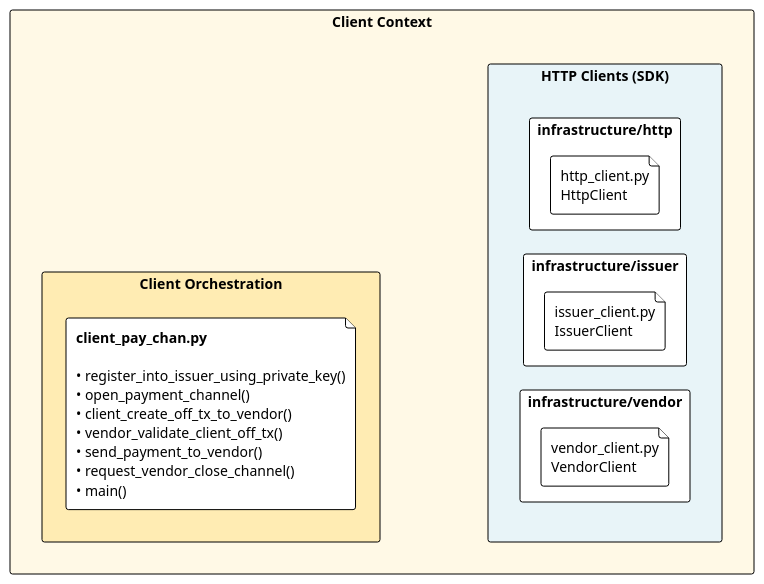
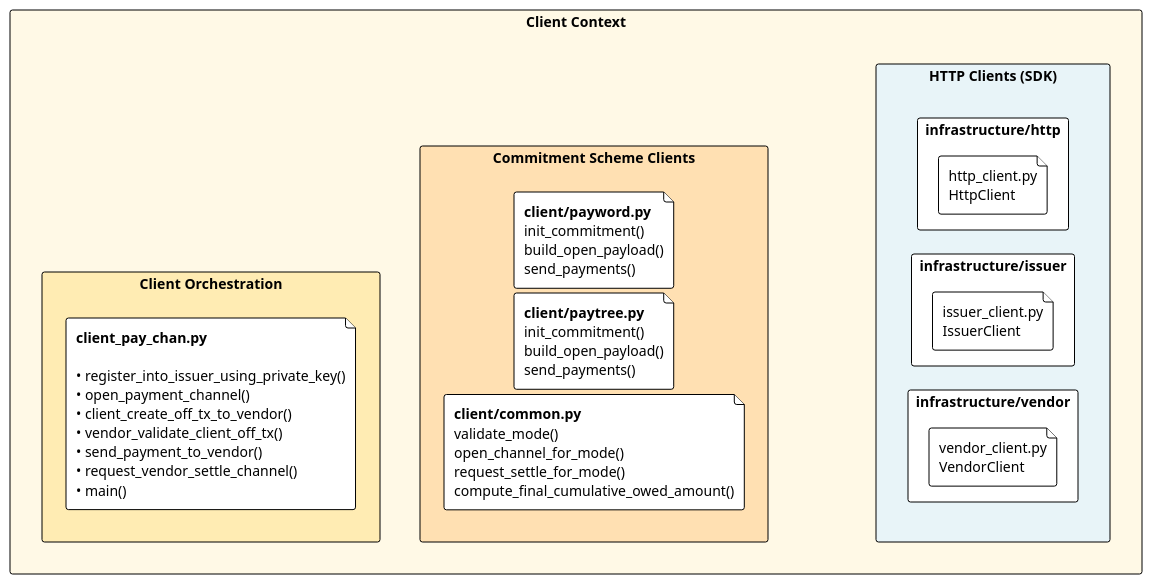
The diagram in umls/client.puml (otaviootavio/nanomoni), drawn with PlantUML before and after one commit. The commit also changed 73 other files, not shown here.

First line of the commit message:
Refactor payment channel handling and update terminology

```diff
--- a/umls/client.puml
+++ b/umls/client.puml
@@ -1,34 +1,46 @@
 @startuml Client_Static_Compact
 
 !theme plain
 left to right direction
 skinparam backgroundColor white
 skinparam componentStyle rectangle
 skinparam padding 0
 skinparam BoxPadding 1
 skinparam RectanglePadding 1
 skinparam RectangleBorderThickness 1
 skinparam Shadowing false
 skinparam Nodesep 5
 skinparam Ranksep 5
 
 rectangle "Client Context" #FFF9E6 {
     rectangle "Client Orchestration" as client_orchestration #FFECB3 {
-        file "**client_pay_chan.py**\n\n• register_into_issuer_using_private_key()\n• open_payment_channel()\n• client_create_off_tx_to_vendor()\n• vendor_validate_client_off_tx()\n• send_payment_to_vendor()\n• request_vendor_close_channel()\n• main()"
+        file "**client_pay_chan.py**\n\n• register_into_issuer_using_private_key()\n• open_payment_channel()\n• client_create_off_tx_to_vendor()\n• vendor_validate_client_off_tx()\n• send_payment_to_vendor()\n• request_vendor_settle_channel()\n• main()"
+    }
+
+    rectangle "Commitment Scheme Clients" as commitment_clients #FFE0B2 {
+        file "**client/payword.py**\ninit_commitment()\nbuild_open_payload()\nsend_payments()" as payword_client
+        file "**client/paytree.py**\ninit_commitment()\nbuild_open_payload()\nsend_payments()" as paytree_client
+        file "**client/common.py**\nvalidate_mode()\nopen_channel_for_mode()\nrequest_settle_for_mode()\ncompute_final_cumulative_owed_amount()" as common_client
     }
 
     rectangle "HTTP Clients (SDK)" as http_clients #E8F4F8 {
         rectangle "infrastructure/http" {
             file "http_client.py\nHttpClient"
         }
         rectangle "infrastructure/issuer" {
             file "issuer_client.py\nIssuerClient"
         }
         rectangle "infrastructure/vendor" {
             file "vendor_client.py\nVendorClient"
         }
     }
-    client_orchestration -[hidden]down-> http_clients
+    client_orchestration -[hidden]down-> commitment_clients
+    commitment_clients -[hidden]down-> http_clients
+
+    
+    payword_client -[hidden]down-> http_clients
+    paytree_client -[hidden]down-> http_clients
+    common_client -[hidden]down-> http_clients
 }
 
 @enduml
```
